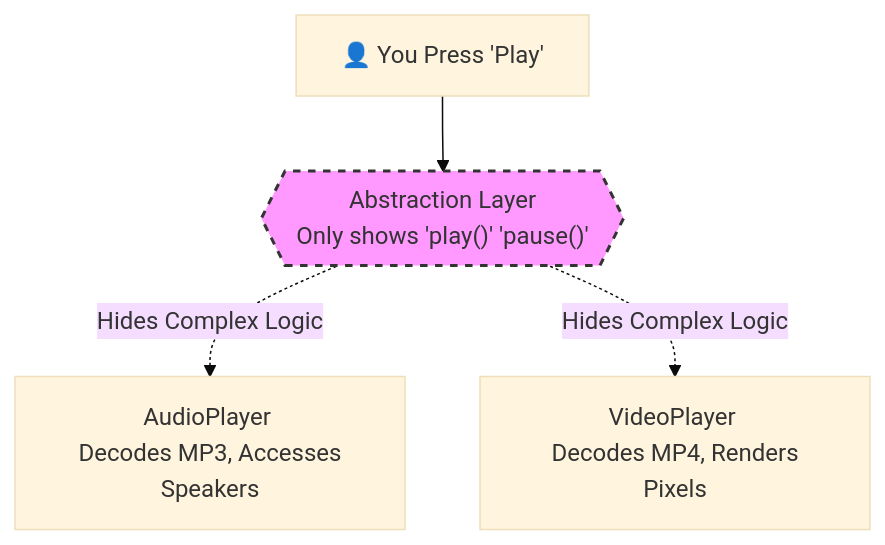
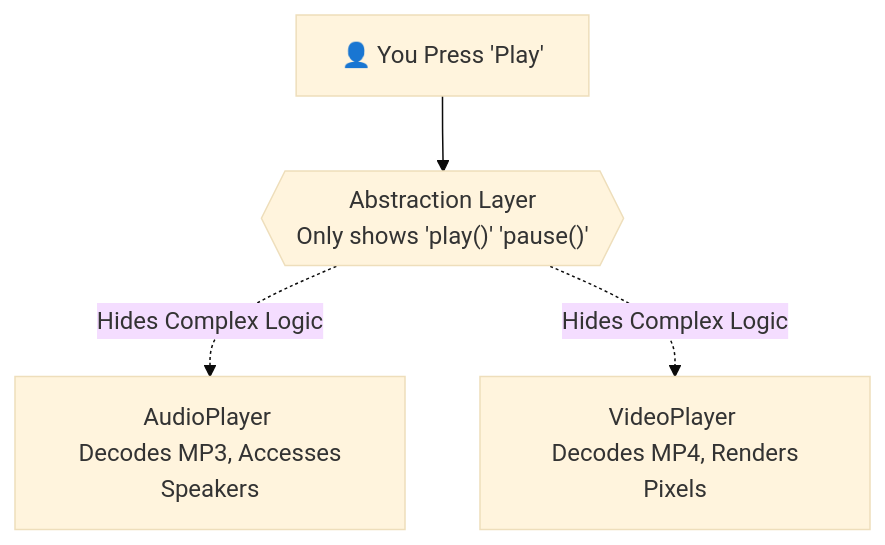
One commit to muntasir24/Programming-Hero-Level-2 changed the seventh of 8 diagrams in 01 BE A TYPESCRIPT TECHNOCRAT/MODULE 03.OOP IN TYPESCRIPT/README.md. Above: the diagram before and after it, drawn with Mermaid (base theme). The commit also changed other lines of this file, not shown here.

````diff
--- a/01 BE A TYPESCRIPT TECHNOCRAT/MODULE 03.OOP IN TYPESCRIPT/README.md
+++ b/01 BE A TYPESCRIPT TECHNOCRAT/MODULE 03.OOP IN TYPESCRIPT/README.md
@@ -1479,9 +1473,8 @@
 ```mermaid
 flowchart TD
     User[👤 You Press 'Play'] --> Contract{{"Abstraction Layer \n Only shows 'play()' 'pause()'"}}
     
     Contract -. Hides Complex Logic .-> Audio[AudioPlayer \n Decodes MP3, Accesses Speakers]
     Contract -. Hides Complex Logic .-> Video[VideoPlayer \n Decodes MP4, Renders Pixels]
     
-    style Contract fill:#f9f,stroke:#333,stroke-width:2px,stroke-dasharray: 5 5
 ```
````
